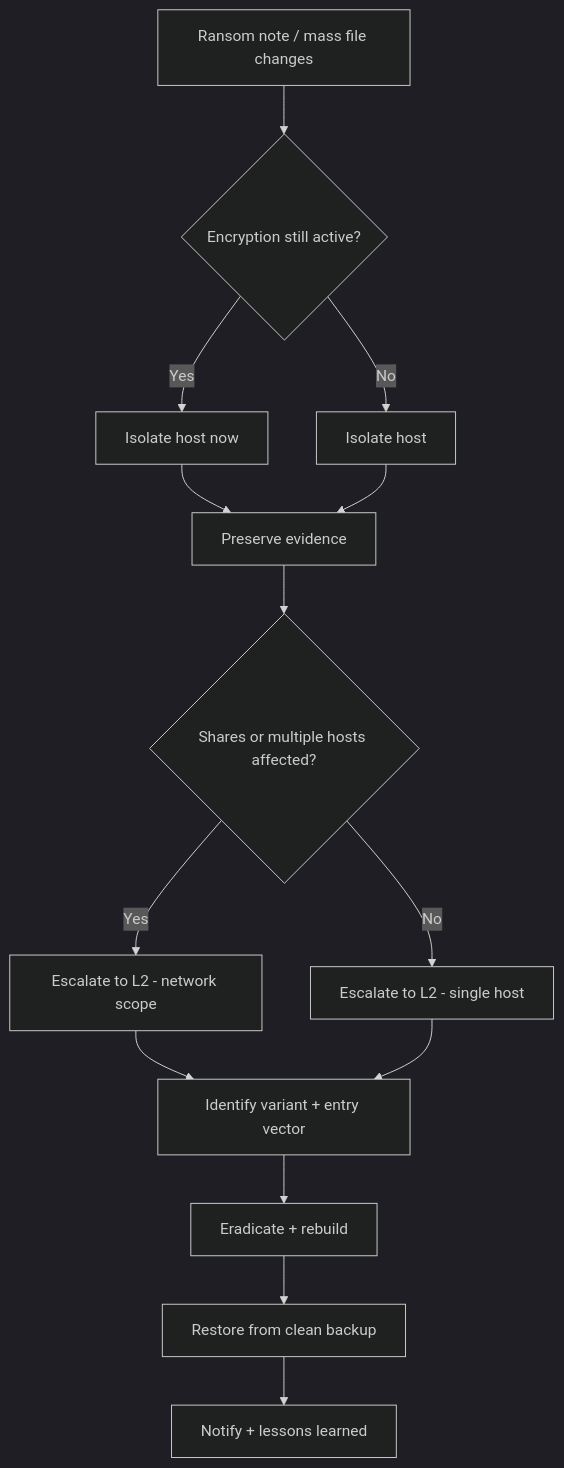
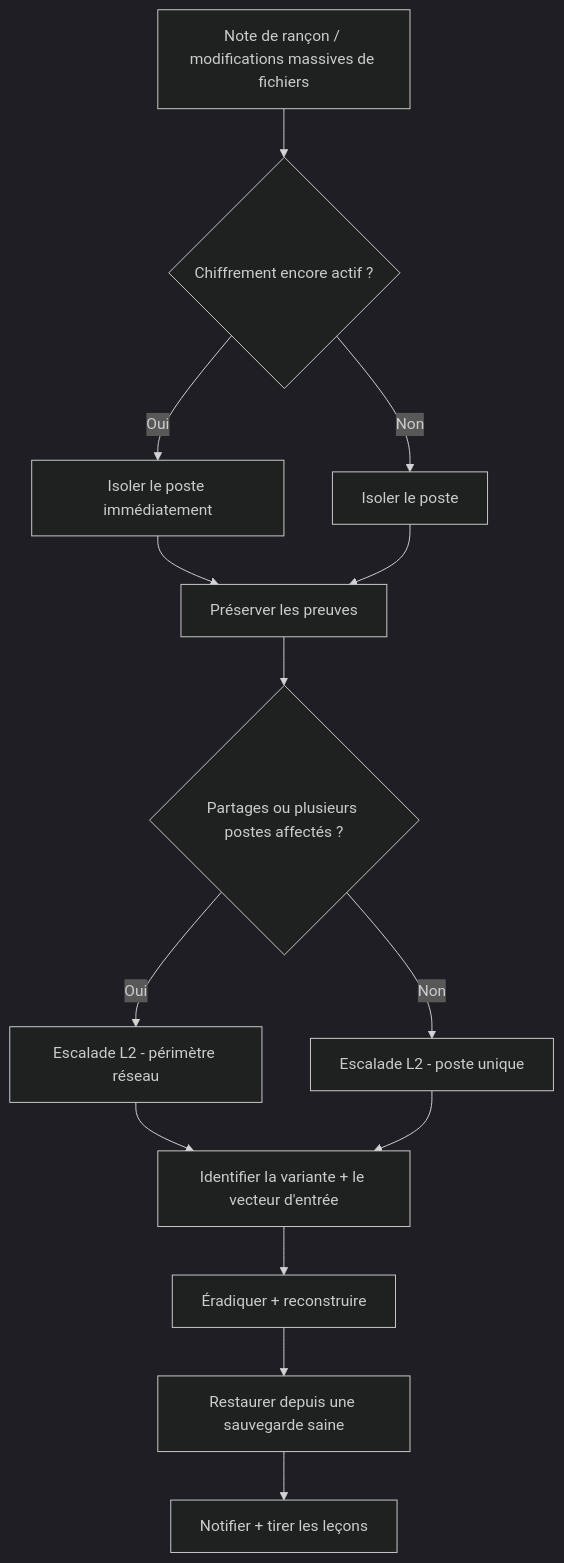
One commit to MiracleDvm/ir-firstline changed the diagram in docs/fr/runbooks/ransomware.md. Above: the diagram before and after it, drawn with Mermaid (dark theme). The commit also changed 11 other files, not shown here.

Commit message:
Translate Mermaid decision tree labels into French on all FR runbooks

````diff
--- a/docs/fr/runbooks/ransomware.md
+++ b/docs/fr/runbooks/ransomware.md
@@ -29,16 +29,16 @@
 ```mermaid
 flowchart TD
-    A[Ransom note / mass file changes] --> B{Encryption still active?}
-    B -->|Yes| C[Isolate host now]
-    B -->|No| D[Isolate host]
-    C --> E[Preserve evidence]
+    A[Note de rançon / modifications massives de fichiers] --> B{Chiffrement encore actif ?}
+    B -->|Oui| C[Isoler le poste immédiatement]
+    B -->|Non| D[Isoler le poste]
+    C --> E[Préserver les preuves]
     D --> E
-    E --> F{Shares or multiple hosts affected?}
-    F -->|Yes| G[Escalate to L2 - network scope]
-    F -->|No| H[Escalate to L2 - single host]
-    G --> I[Identify variant + entry vector]
+    E --> F{Partages ou plusieurs postes affectés ?}
+    F -->|Oui| G[Escalade L2 - périmètre réseau]
+    F -->|Non| H[Escalade L2 - poste unique]
+    G --> I[Identifier la variante + le vecteur d'entrée]
     H --> I
-    I --> J[Eradicate + rebuild]
-    J --> K[Restore from clean backup]
-    K --> L[Notify + lessons learned]
+    I --> J[Éradiquer + reconstruire]
+    J --> K[Restaurer depuis une sauvegarde saine]
+    K --> L[Notifier + tirer les leçons]
 ```
````
